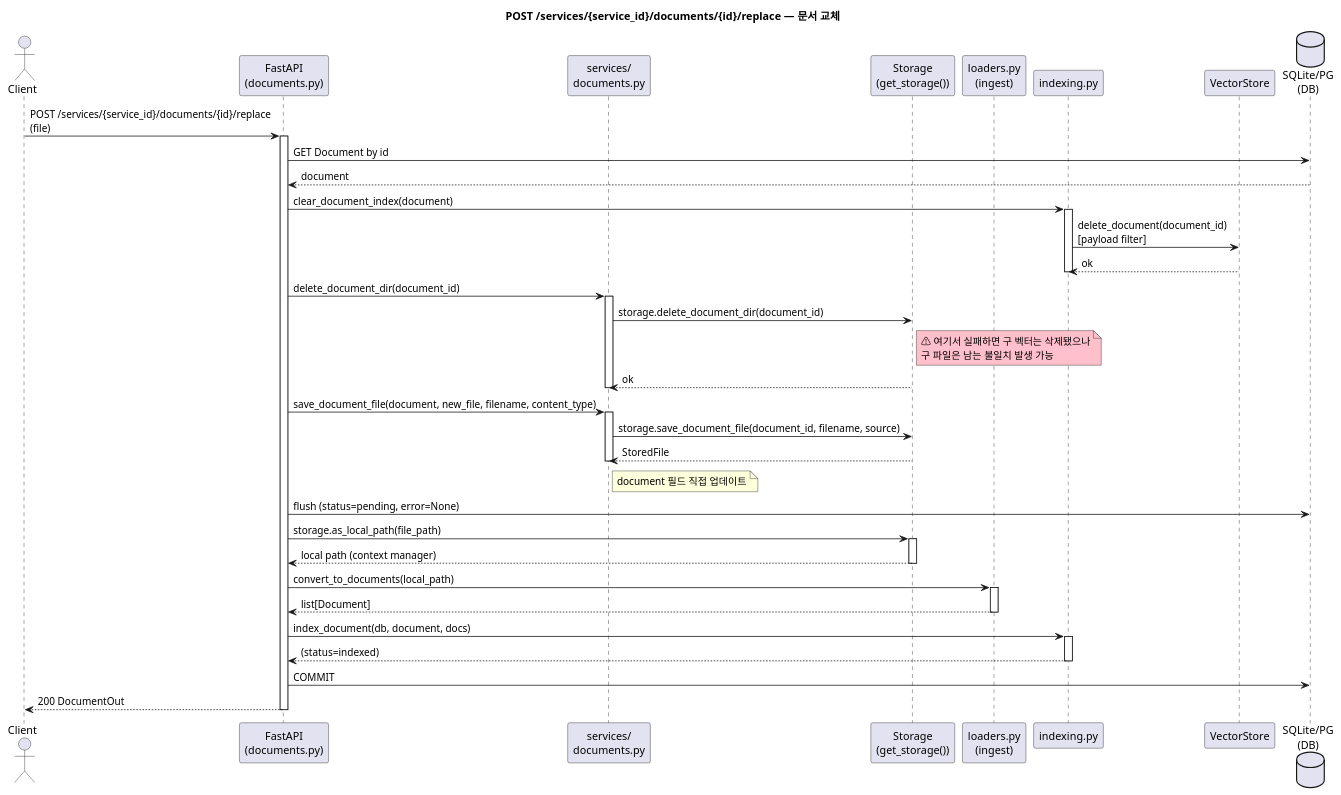
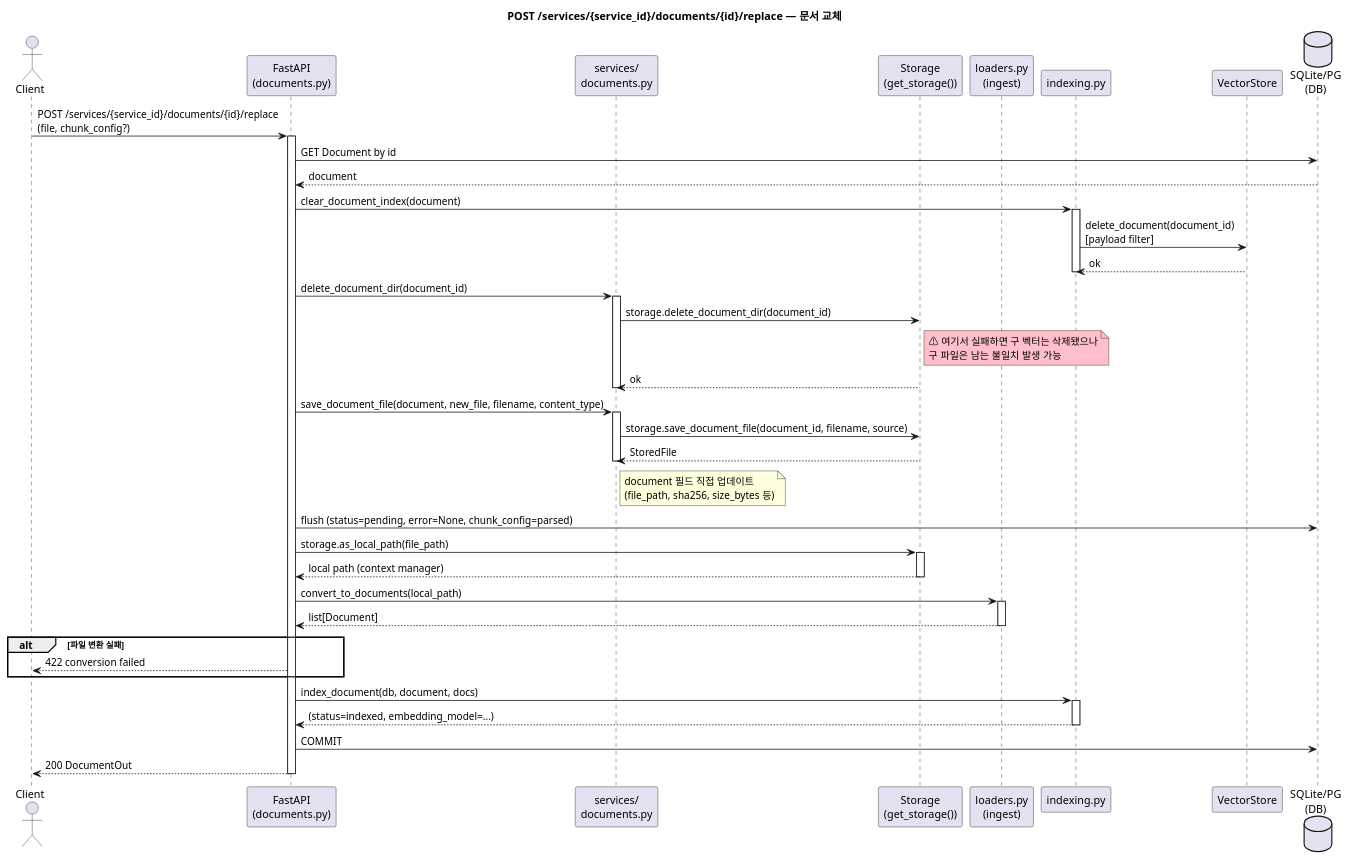
One commit to sigmoidx0/ragkit changed the diagram in docs/diagrams/document_replace.puml. Above: the diagram before and after it, drawn with PlantUML. The commit also changed 36 other files, not shown here.

```diff
--- a/docs/diagrams/document_replace.puml
+++ b/docs/diagrams/document_replace.puml
@@ -1,68 +1,73 @@
 @startuml Document Replace
 
 title POST /services/{service_id}/documents/{id}/replace — 문서 교체
 
 actor Client
 participant "FastAPI\n(documents.py)" as API
 participant "services/\ndocuments.py" as SVC
 participant "Storage\n(get_storage())" as FS
 participant "loaders.py\n(ingest)" as LDR
 participant "indexing.py" as IDX
 participant "VectorStore" as QD
 database "SQLite/PG\n(DB)" as DB
 
-Client -> API : POST /services/{service_id}/documents/{id}/replace\n(file)
+Client -> API : POST /services/{service_id}/documents/{id}/replace\n(file, chunk_config?)
 activate API
 
 API -> DB : GET Document by id
 DB --> API : document
 
 API -> IDX : clear_document_index(document)
 activate IDX
 IDX -> QD : delete_document(document_id)\n[payload filter]
 QD --> IDX : ok
 deactivate IDX
 
 API -> SVC : delete_document_dir(document_id)
 activate SVC
 SVC -> FS : storage.delete_document_dir(document_id)
 note right of FS #pink
   ⚠ 여기서 실패하면 구 벡터는 삭제됐으나
   구 파일은 남는 불일치 발생 가능
 end note
 FS --> SVC : ok
 deactivate SVC
 
 API -> SVC : save_document_file(document, new_file, filename, content_type)
 activate SVC
 SVC -> FS : storage.save_document_file(document_id, filename, source)
 FS --> SVC : StoredFile
 note right of SVC
   document 필드 직접 업데이트
+  (file_path, sha256, size_bytes 등)
 end note
 deactivate SVC
 
-API -> DB : flush (status=pending, error=None)
+API -> DB : flush (status=pending, error=None, chunk_config=parsed)
 
 API -> FS : storage.as_local_path(file_path)
 activate FS
 FS --> API : local path (context manager)
 deactivate FS
 
 API -> LDR : convert_to_documents(local_path)
 activate LDR
 LDR --> API : list[Document]
 deactivate LDR
 
+alt 파일 변환 실패
+  API --> Client : 422 conversion failed
+end
+
 API -> IDX : index_document(db, document, docs)
 activate IDX
-IDX --> API : (status=indexed)
+IDX --> API : (status=indexed, embedding_model=...)
 deactivate IDX
 
 API -> DB : COMMIT
 
 API --> Client : 200 DocumentOut
 
 deactivate API
 
 @enduml
```
